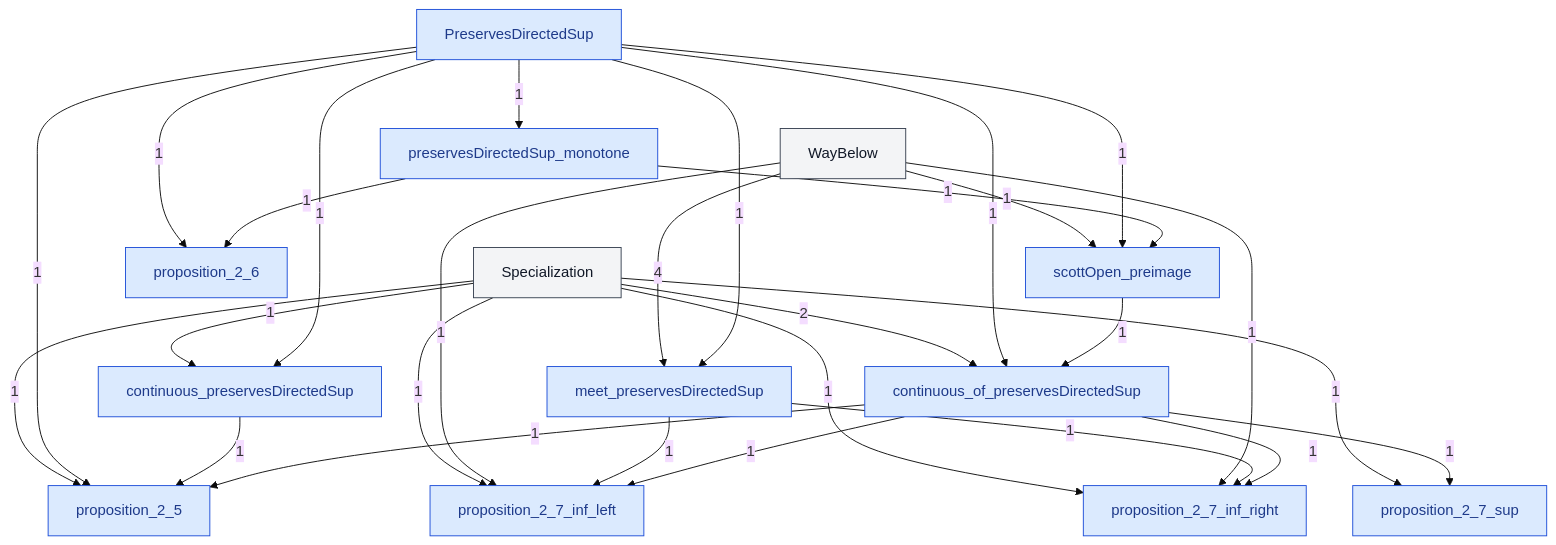
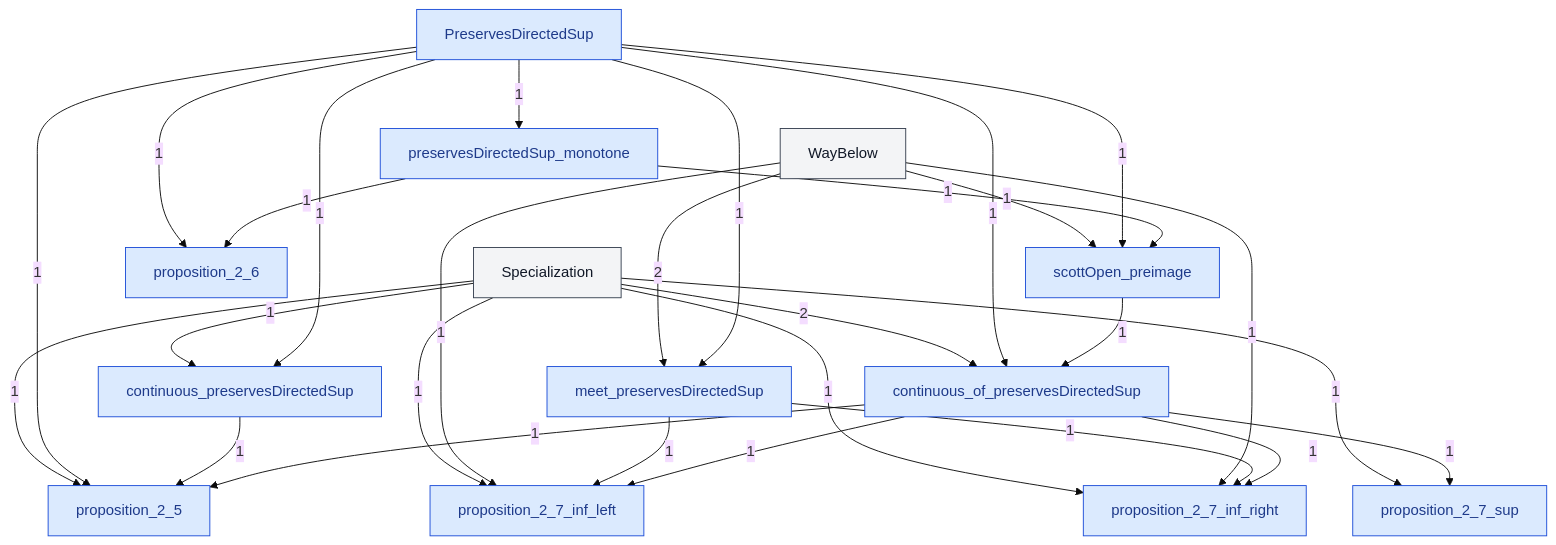
One commit to catskillsresearch/DomainTheory changed the diagram in DomainTheory/ContinuousLattice/ScottMaps/ScottMaps.mermaid. Above: the diagram before and after it, drawn with Mermaid (base theme). The commit also changed 101 other files, not shown here.

```diff
--- a/DomainTheory/ContinuousLattice/ScottMaps/ScottMaps.mermaid
+++ b/DomainTheory/ContinuousLattice/ScottMaps/ScottMaps.mermaid
@@ -1,62 +1,62 @@
 %% Inside ScottMaps. A box is one Lean file in this folder, or one subfolder.
 %% A box named as another folder is that whole folder. A box named as another chapter is that whole chapter.
 %% The arrowhead points at the file or folder that imports. The label is how many direct imports.
 flowchart TB
   N0["Specialization"]
   N1["WayBelow"]
   N2["PreservesDirectedSup"]
   N3["continuous_preservesDirectedSup"]
   N4["meet_preservesDirectedSup"]
   N5["preservesDirectedSup_monotone"]
   N6["proposition_2_6"]
   N7["scottOpen_preimage"]
   N8["continuous_of_preservesDirectedSup"]
   N9["proposition_2_5"]
   N10["proposition_2_7_inf_left"]
   N11["proposition_2_7_inf_right"]
   N12["proposition_2_7_sup"]
 
   N0 -->|"1"| N3
   N2 -->|"1"| N3
-  N1 -->|"4"| N4
+  N1 -->|"2"| N4
   N2 -->|"1"| N4
   N2 -->|"1"| N5
   N2 -->|"1"| N6
   N5 -->|"1"| N6
   N1 -->|"1"| N7
   N2 -->|"1"| N7
   N5 -->|"1"| N7
   N0 -->|"2"| N8
   N2 -->|"1"| N8
   N7 -->|"1"| N8
   N0 -->|"1"| N9
   N2 -->|"1"| N9
   N3 -->|"1"| N9
   N8 -->|"1"| N9
   N0 -->|"1"| N10
   N1 -->|"1"| N10
   N4 -->|"1"| N10
   N8 -->|"1"| N10
   N0 -->|"1"| N11
   N1 -->|"1"| N11
   N4 -->|"1"| N11
   N8 -->|"1"| N11
   N0 -->|"1"| N12
   N8 -->|"1"| N12
 
   classDef file fill:#dbeafe,stroke:#1d4ed8,color:#1e3a8a
   classDef ext fill:#f3f4f6,stroke:#374151,color:#111827
 
   class N0 ext
   class N1 ext
   class N2 file
   class N3 file
   class N4 file
   class N5 file
   class N6 file
   class N7 file
   class N8 file
   class N9 file
   class N10 file
   class N11 file
   class N12 file
```
